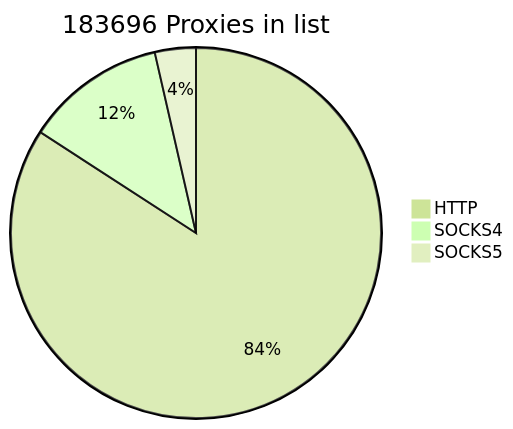
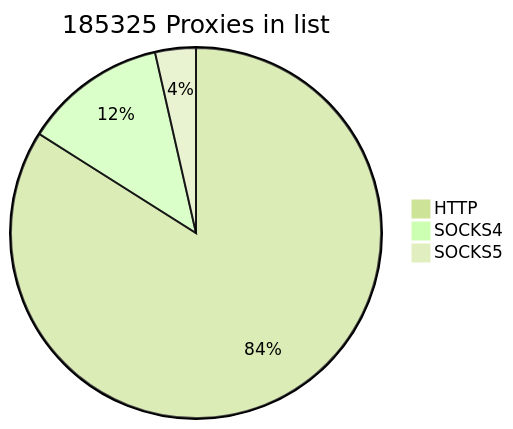
Before and after one commit to cutipu/proxylist: the first of 2 diagrams in README.md, drawn with Mermaid (forest theme). The commit also changed other lines of this file, not shown here.

````diff
--- a/README.md
+++ b/README.md
@@ -2,7 +2,7 @@
 ```mermaid
-pie title 183696 Proxies in list
-    "HTTP" : 154576
-    "SOCKS4" : 22551
-    "SOCKS5" : 6569
+pie title 185325 Proxies in list
+    "HTTP" : 155611
+    "SOCKS4" : 23126
+    "SOCKS5" : 6588
             
 ```
````
